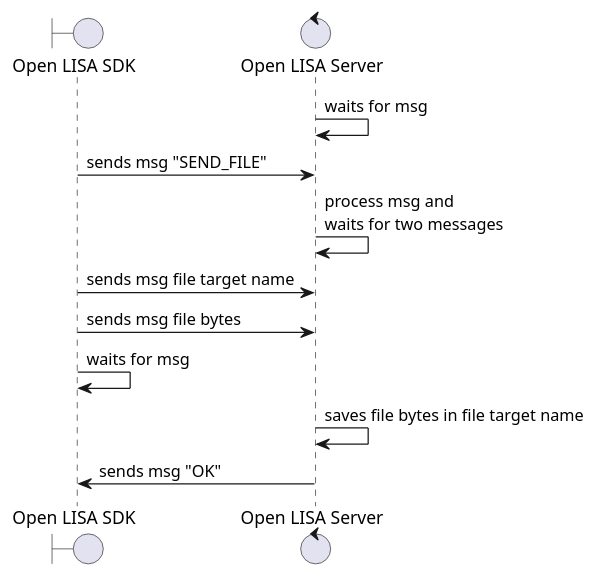
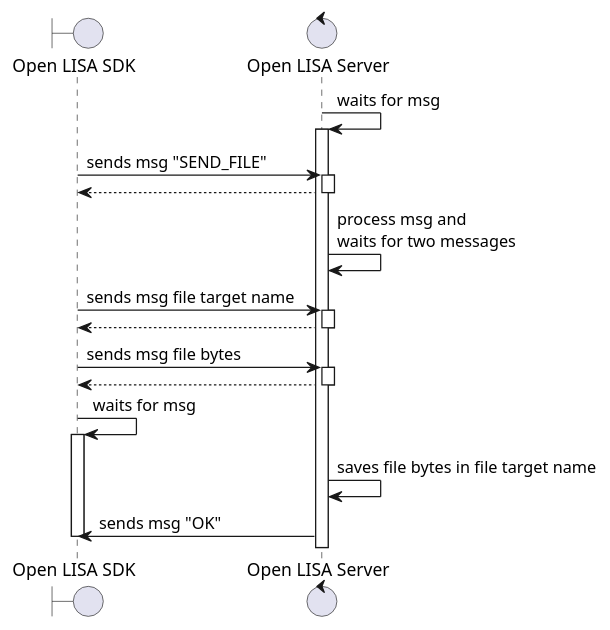
One commit to aalvarezwindey/electronic_instrument_adapter_sdk changed the diagram in diagrams/sequence_diagram_messages_in_request.puml. Above: the diagram before and after it, drawn with PlantUML. The commit also changed 4 other files, not shown here.

```diff
--- a/diagrams/sequence_diagram_messages_in_request.puml
+++ b/diagrams/sequence_diagram_messages_in_request.puml
@@ -1,13 +1,25 @@
 @startuml
 
 boundary "Open LISA SDK" as SDK
 control "Open LISA Server" as SERVER
 SERVER -> SERVER : waits for msg
+activate SERVER
 SDK -> SERVER : sends msg "SEND_FILE"
+activate SERVER
+SDK <-- SERVER
+deactivate SERVER
 SERVER -> SERVER : process msg and \nwaits for two messages
 SDK -> SERVER : sends msg file target name
+activate SERVER
+SDK <-- SERVER
+deactivate SERVER
 SDK -> SERVER : sends msg file bytes
+activate SERVER
+SDK <-- SERVER
+deactivate SERVER
 SDK -> SDK : waits for msg
+activate SDK
 SERVER -> SERVER : saves file bytes in file target name
 SERVER -> SDK : sends msg "OK"
+deactivate SDK
 @enduml
```
